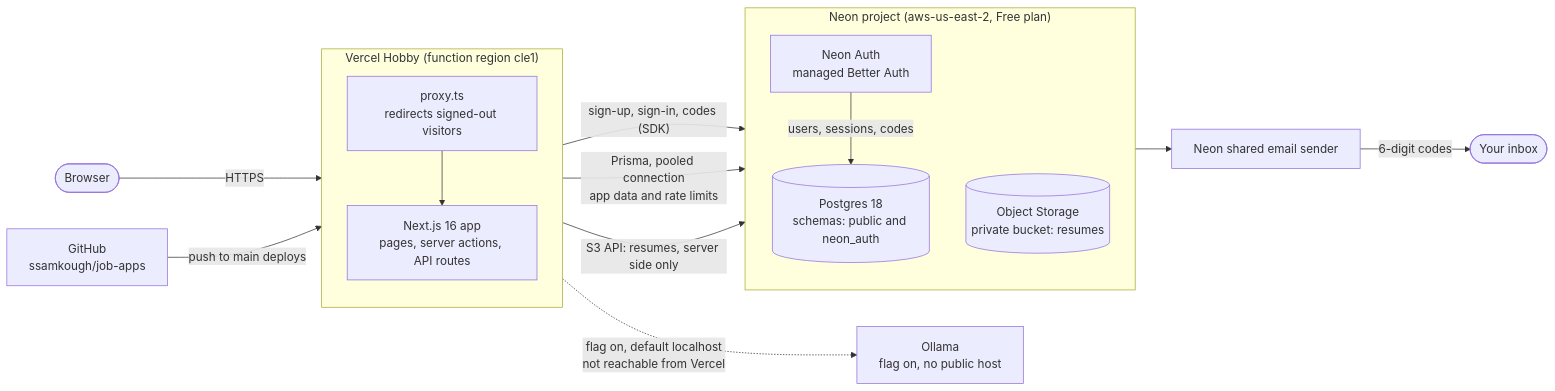
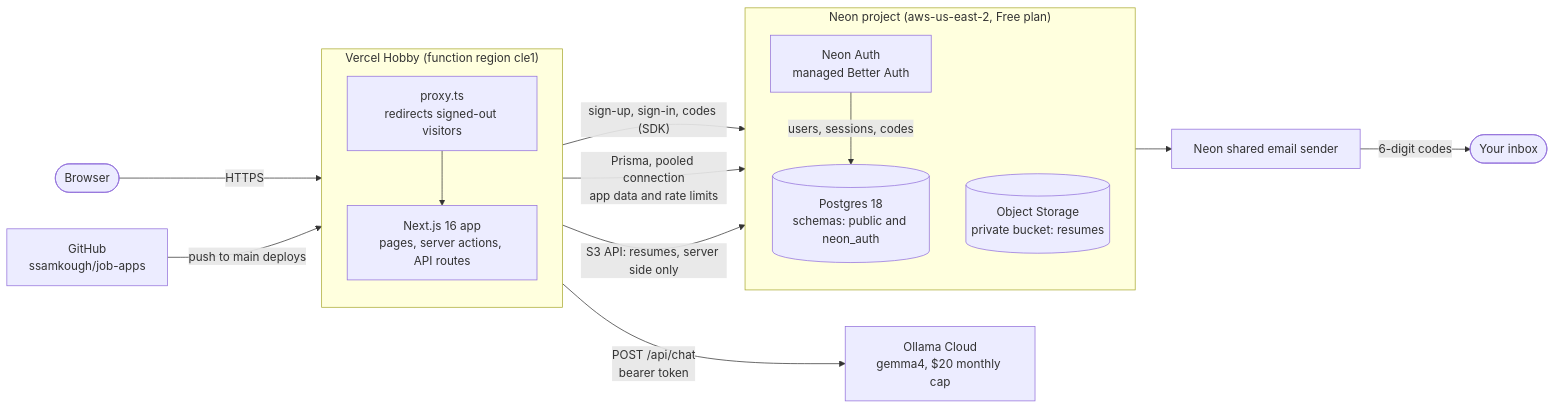
Before and after one commit to ssamkough/job-apps: the first of 4 diagrams in README.md, drawn with Mermaid. The commit also changed other lines of this file and 25 other files, not shown here.

First line of the commit message:
Send AI drafts to Ollama Cloud and pause them after $20 in a month.

````diff
--- a/README.md
+++ b/README.md
@@ -23,32 +23,32 @@
 ```mermaid
 flowchart LR
     user(["Browser"])
     inbox(["Your inbox"])
 
     subgraph vercel["Vercel Hobby (function region cle1)"]
         direction TB
         proxy["proxy.ts<br/>redirects signed-out visitors"]
         app["Next.js 16 app<br/>pages, server actions, API routes"]
         proxy --> app
     end
 
     subgraph neon["Neon project (aws-us-east-2, Free plan)"]
         direction TB
         auth["Neon Auth<br/>managed Better Auth"]
         pg[("Postgres 18<br/>schemas: public and neon_auth")]
         s3[("Object Storage<br/>private bucket: resumes")]
         auth -- "users, sessions, codes" --> pg
     end
 
     mail["Neon shared email sender"]
     gh["GitHub<br/>ssamkough/job-apps"]
-    ollama["Ollama<br/>flag on, no public host"]
+    ollama["Ollama Cloud<br/>gemma4, $20 monthly cap"]
 
     user -- "HTTPS" --> proxy
     app -- "sign-up, sign-in, codes (SDK)" --> auth
     app -- "Prisma, pooled connection<br/>app data and rate limits" --> pg
     app -- "S3 API: resumes, server side only" --> s3
-    app -. "flag on, default localhost<br/>not reachable from Vercel" .-> ollama
+    app -- "POST /api/chat<br/>bearer token" --> ollama
     auth --> mail -- "6-digit codes" --> inbox
     gh -- "push to main deploys" --> vercel
 ```
````
